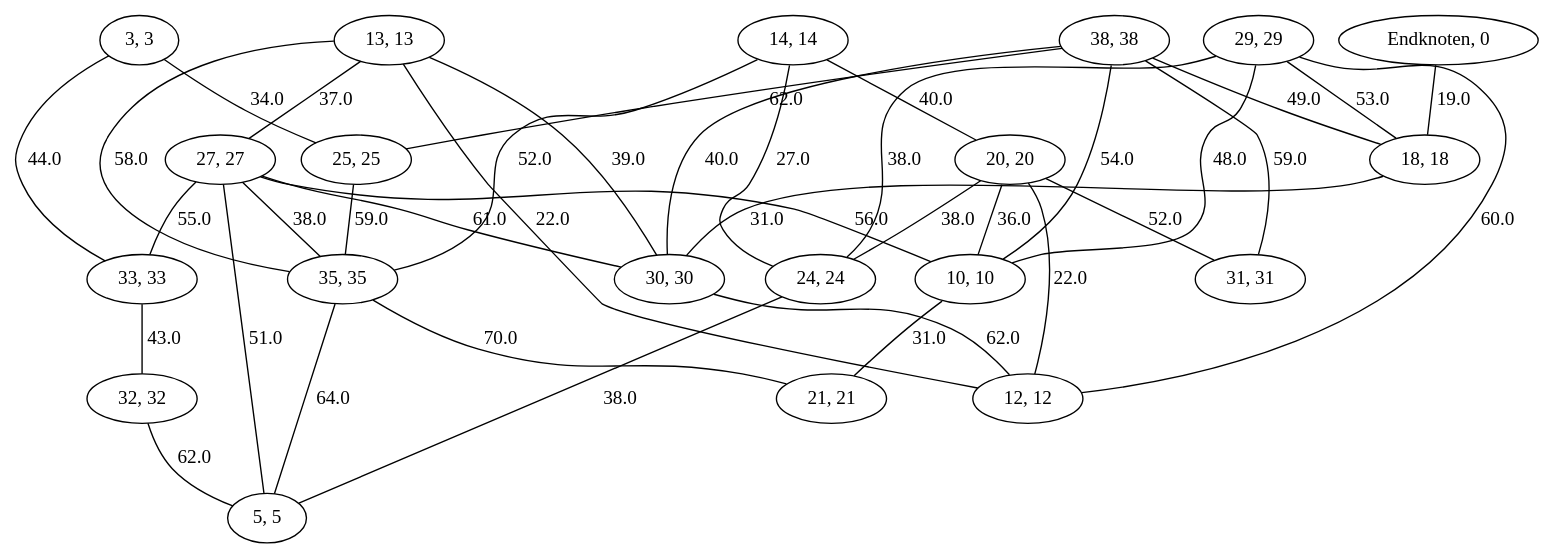
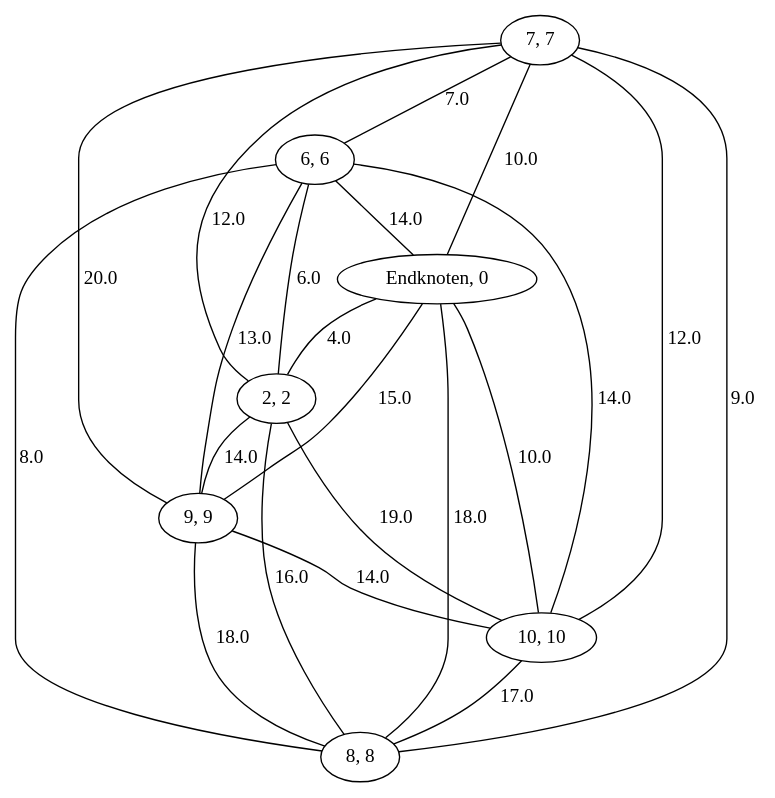
The diagram in GKA_task3_1-5/GraphViz/graph/randomGraph.gv (Frggle/HAW_GKA), drawn with Graphviz before and after one commit. The commit also changed 9 other files, not shown here.

Commit message:
Um herauszufinden ob eine Kante eine Bridge ist, gucke ich nun ob alle Nachbarkanten mindestens den Knotengrad 2 haben. Vorher habe ich die Kante entfernt und mit ConnectivityInspector geguckt ob der Graph noch zusammmenhängend ist

```diff
--- a/GKA_task3_1-5/GraphViz/graph/randomGraph.gv
+++ b/GKA_task3_1-5/GraphViz/graph/randomGraph.gv
@@ -1,59 +1,30 @@
 graph G {
-  1 [ label="3, 3" ];
-  2 [ label="38, 38" ];
+  1 [ label="7, 7" ];
+  2 [ label="6, 6" ];
   3 [ label="Endknoten, 0" ];
-  4 [ label="29, 29" ];
-  5 [ label="13, 13" ];
-  6 [ label="14, 14" ];
-  7 [ label="20, 20" ];
-  8 [ label="27, 27" ];
-  9 [ label="25, 25" ];
-  10 [ label="35, 35" ];
-  11 [ label="31, 31" ];
-  12 [ label="10, 10" ];
-  13 [ label="33, 33" ];
-  14 [ label="32, 32" ];
-  15 [ label="18, 18" ];
-  16 [ label="24, 24" ];
-  17 [ label="30, 30" ];
-  18 [ label="5, 5" ];
-  19 [ label="12, 12" ];
-  20 [ label="21, 21" ];
-  1 -- 9 [ label="34.0" ];
-  1 -- 13 [ label="44.0" ];
-  2 -- 9 [ label="62.0" ];
-  2 -- 11 [ label="59.0" ];
-  2 -- 12 [ label="54.0" ];
-  2 -- 15 [ label="49.0" ];
-  2 -- 17 [ label="40.0" ];
-  3 -- 15 [ label="19.0" ];
-  4 -- 12 [ label="48.0" ];
-  4 -- 15 [ label="53.0" ];
-  4 -- 16 [ label="38.0" ];
-  4 -- 19 [ label="60.0" ];
-  5 -- 8 [ label="37.0" ];
-  5 -- 10 [ label="58.0" ];
-  5 -- 17 [ label="39.0" ];
-  5 -- 19 [ label="22.0" ];
-  6 -- 7 [ label="40.0" ];
-  6 -- 10 [ label="52.0" ];
-  6 -- 16 [ label="27.0" ];
-  7 -- 11 [ label="52.0" ];
-  7 -- 12 [ label="36.0" ];
-  7 -- 16 [ label="38.0" ];
-  7 -- 19 [ label="22.0" ];
-  8 -- 10 [ label="38.0" ];
-  8 -- 12 [ label="56.0" ];
-  8 -- 13 [ label="55.0" ];
-  8 -- 17 [ label="61.0" ];
-  8 -- 18 [ label="51.0" ];
-  9 -- 10 [ label="59.0" ];
-  10 -- 18 [ label="64.0" ];
-  10 -- 20 [ label="70.0" ];
-  12 -- 20 [ label="31.0" ];
-  13 -- 14 [ label="43.0" ];
-  14 -- 18 [ label="62.0" ];
-  15 -- 17 [ label="31.0" ];
-  16 -- 18 [ label="38.0" ];
-  17 -- 19 [ label="62.0" ];
+  4 [ label="2, 2" ];
+  5 [ label="9, 9" ];
+  6 [ label="10, 10" ];
+  7 [ label="8, 8" ];
+  1 -- 2 [ label="7.0" ];
+  1 -- 3 [ label="10.0" ];
+  1 -- 4 [ label="12.0" ];
+  1 -- 5 [ label="20.0" ];
+  1 -- 6 [ label="12.0" ];
+  1 -- 7 [ label="9.0" ];
+  2 -- 3 [ label="14.0" ];
+  2 -- 4 [ label="6.0" ];
+  2 -- 5 [ label="13.0" ];
+  2 -- 6 [ label="14.0" ];
+  2 -- 7 [ label="8.0" ];
+  3 -- 4 [ label="4.0" ];
+  3 -- 5 [ label="15.0" ];
+  3 -- 6 [ label="10.0" ];
+  3 -- 7 [ label="18.0" ];
+  4 -- 5 [ label="14.0" ];
+  4 -- 6 [ label="19.0" ];
+  4 -- 7 [ label="16.0" ];
+  5 -- 6 [ label="14.0" ];
+  5 -- 7 [ label="18.0" ];
+  6 -- 7 [ label="17.0" ];
 }
```
